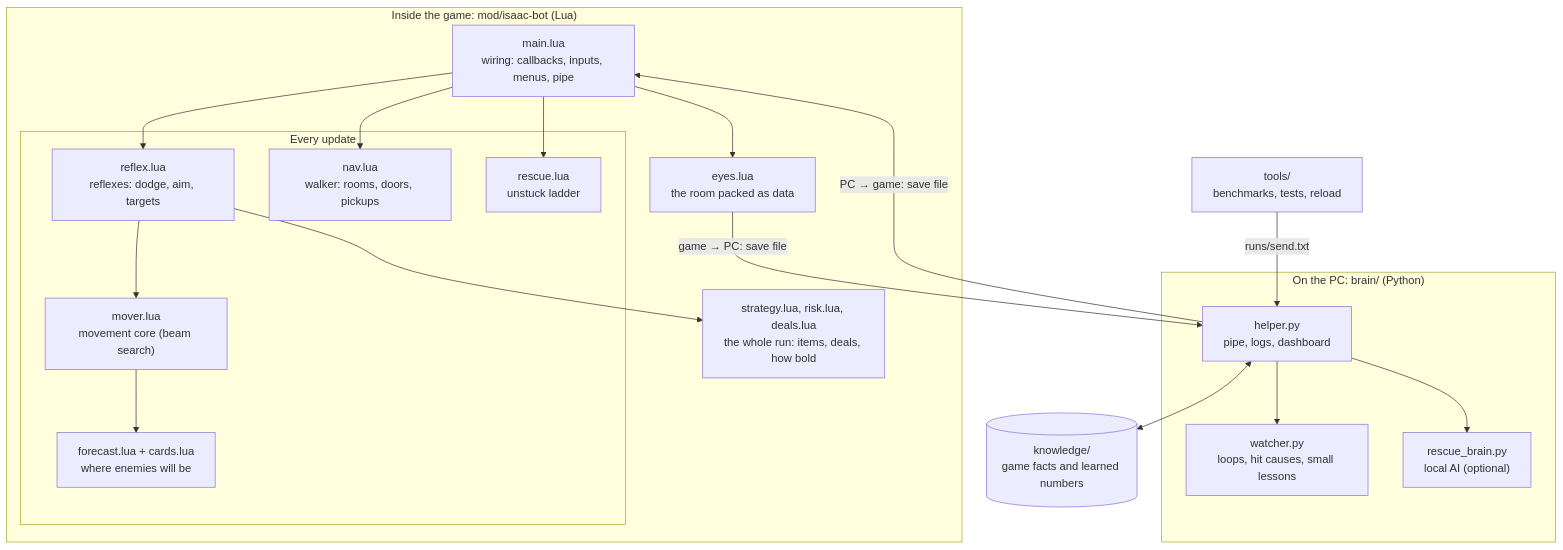
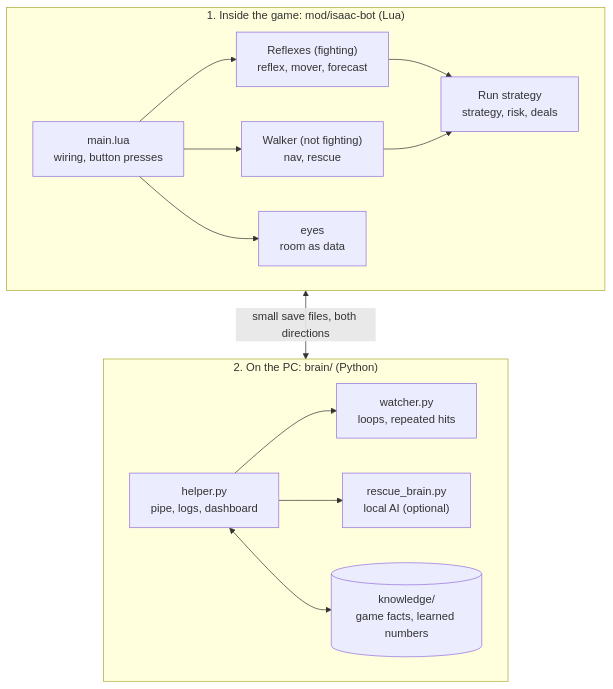
One commit to xoxoFaith1993/isaac-bot changed the diagram in docs/START_HERE.md. Above: the diagram before and after it, drawn with Mermaid.

Commit message:
START_HERE: simpler architecture diagram, game first

````diff
--- a/docs/START_HERE.md
+++ b/docs/START_HERE.md
@@ -18,32 +18,25 @@
 ```mermaid
 flowchart TB
-    subgraph game["Inside the game: mod/isaac-bot (Lua)"]
-        main["main.lua<br/>wiring: callbacks, inputs, menus, pipe"]
-        subgraph decide["Every update"]
-            reflex["reflex.lua<br/>reflexes: dodge, aim, targets"]
-            mover["mover.lua<br/>movement core (beam search)"]
-            forecast["forecast.lua + cards.lua<br/>where enemies will be"]
-            nav["nav.lua<br/>walker: rooms, doors, pickups"]
-            rescue["rescue.lua<br/>unstuck ladder"]
-        end
-        run["strategy.lua, risk.lua, deals.lua<br/>the whole run: items, deals, how bold"]
-        eyes["eyes.lua<br/>the room packed as data"]
-        main --> reflex --> mover --> forecast
+    subgraph game["1. Inside the game: mod/isaac-bot (Lua)"]
+        main["main.lua<br/>wiring, button presses"]
+        reflex["Reflexes (fighting)<br/>reflex, mover, forecast"]
+        nav["Walker (not fighting)<br/>nav, rescue"]
+        run["Run strategy<br/>strategy, risk, deals"]
+        eyes["eyes<br/>room as data"]
+        main --> reflex
         main --> nav
-        main --> rescue
+        main --> eyes
         reflex --> run
-        main --> eyes
+        nav --> run
     end
-    subgraph pc["On the PC: brain/ (Python)"]
+    subgraph pc["2. On the PC: brain/ (Python)"]
         helper["helper.py<br/>pipe, logs, dashboard"]
-        watcher["watcher.py<br/>loops, hit causes, small lessons"]
+        watcher["watcher.py<br/>loops, repeated hits"]
         llm["rescue_brain.py<br/>local AI (optional)"]
+        data[("knowledge/<br/>game facts, learned numbers")]
         helper --> watcher
         helper --> llm
+        helper <--> data
     end
-    data[("knowledge/<br/>game facts and learned numbers")]
-    eyes -- "game → PC: save file" --> helper
-    helper -- "PC → game: save file" --> main
-    helper <--> data
-    tools["tools/<br/>benchmarks, tests, reload"] -- "runs/send.txt" --> helper
+    game <-->|"small save files, both directions"| pc
 ```
````
